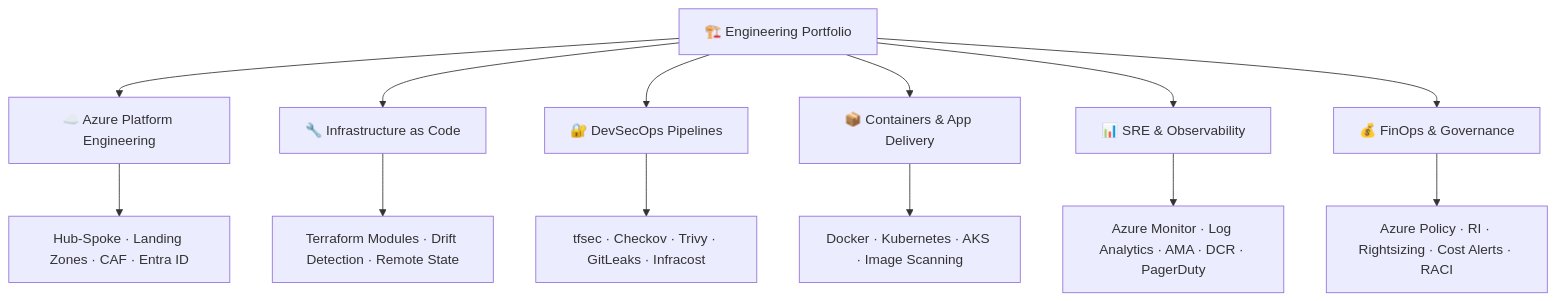
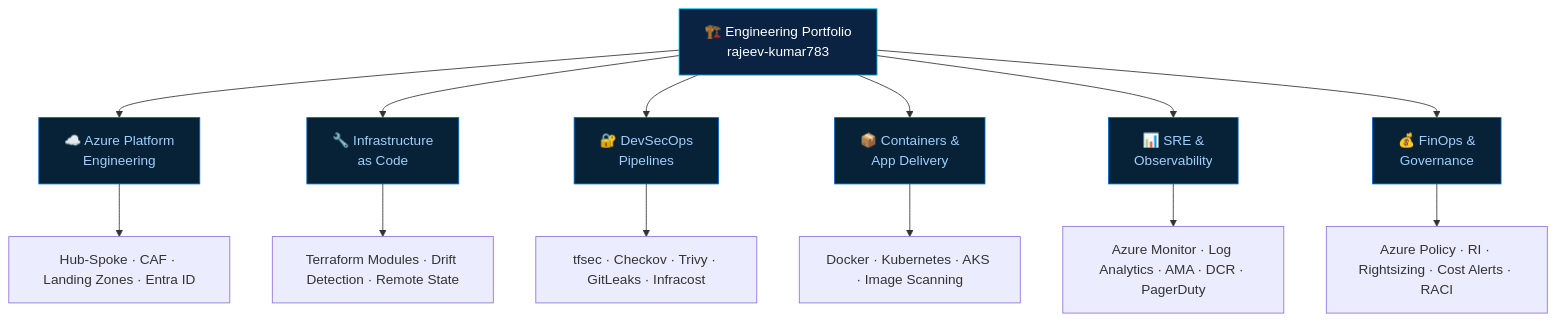
Before and after one commit to rajeev-kumar783/rajeev-kumar783: the diagram in README.md, drawn with Mermaid. The commit also changed other lines of this file, not shown here.

````diff
--- a/README.md
+++ b/README.md
@@ -38,16 +59,24 @@
 ```mermaid
 flowchart TB
-    A[🏗️ Engineering Portfolio] --> B[☁️ Azure Platform Engineering]
-    A --> C[🔧 Infrastructure as Code]
-    A --> D[🔐 DevSecOps Pipelines]
-    A --> E[📦 Containers & App Delivery]
-    A --> F[📊 SRE & Observability]
-    A --> G[💰 FinOps & Governance]
+    A["🏗️ Engineering Portfolio<br/>rajeev-kumar783"] --> B["☁️ Azure Platform<br/>Engineering"]
+    A --> C["🔧 Infrastructure<br/>as Code"]
+    A --> D["🔐 DevSecOps<br/>Pipelines"]
+    A --> E["📦 Containers &<br/>App Delivery"]
+    A --> F["📊 SRE &<br/>Observability"]
+    A --> G["💰 FinOps &<br/>Governance"]
 
-    B --> H[Hub-Spoke · Landing Zones · CAF · Entra ID]
-    C --> I[Terraform Modules · Drift Detection · Remote State]
-    D --> J[tfsec · Checkov · Trivy · GitLeaks · Infracost]
-    E --> K[Docker · Kubernetes · AKS · Image Scanning]
-    F --> L[Azure Monitor · Log Analytics · AMA · DCR · PagerDuty]
-    G --> M[Azure Policy · RI · Rightsizing · Cost Alerts · RACI]
+    B --> H["Hub-Spoke · CAF · Landing Zones · Entra ID"]
+    C --> I["Terraform Modules · Drift Detection · Remote State"]
+    D --> J["tfsec · Checkov · Trivy · GitLeaks · Infracost"]
+    E --> K["Docker · Kubernetes · AKS · Image Scanning"]
+    F --> L["Azure Monitor · Log Analytics · AMA · DCR · PagerDuty"]
+    G --> M["Azure Policy · RI · Rightsizing · Cost Alerts · RACI"]
+
+    style A fill:#0A2342,stroke:#00C8FF,color:#ffffff
+    style B fill:#072136,stroke:#0066CC,color:#a0cfff
+    style C fill:#072136,stroke:#0066CC,color:#a0cfff
+    style D fill:#072136,stroke:#0066CC,color:#a0cfff
+    style E fill:#072136,stroke:#0066CC,color:#a0cfff
+    style F fill:#072136,stroke:#0066CC,color:#a0cfff
+    style G fill:#072136,stroke:#0066CC,color:#a0cfff
 ```
````
